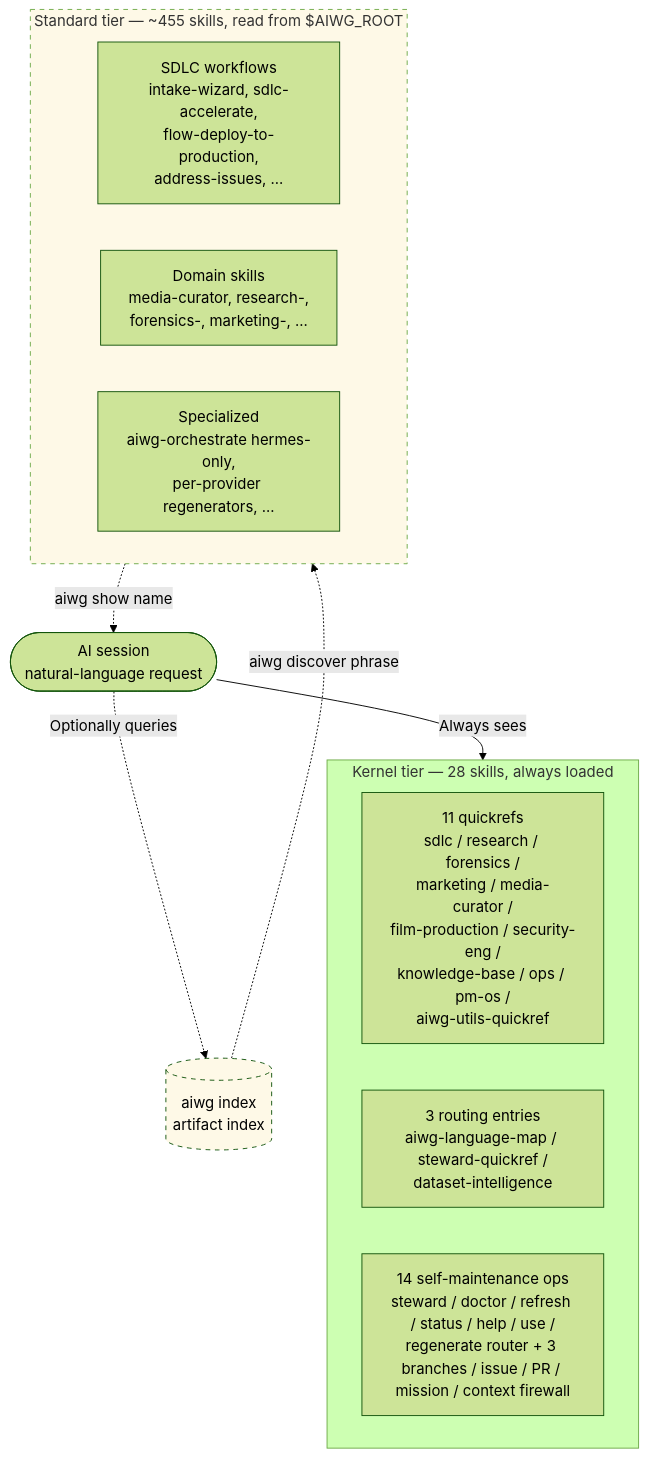
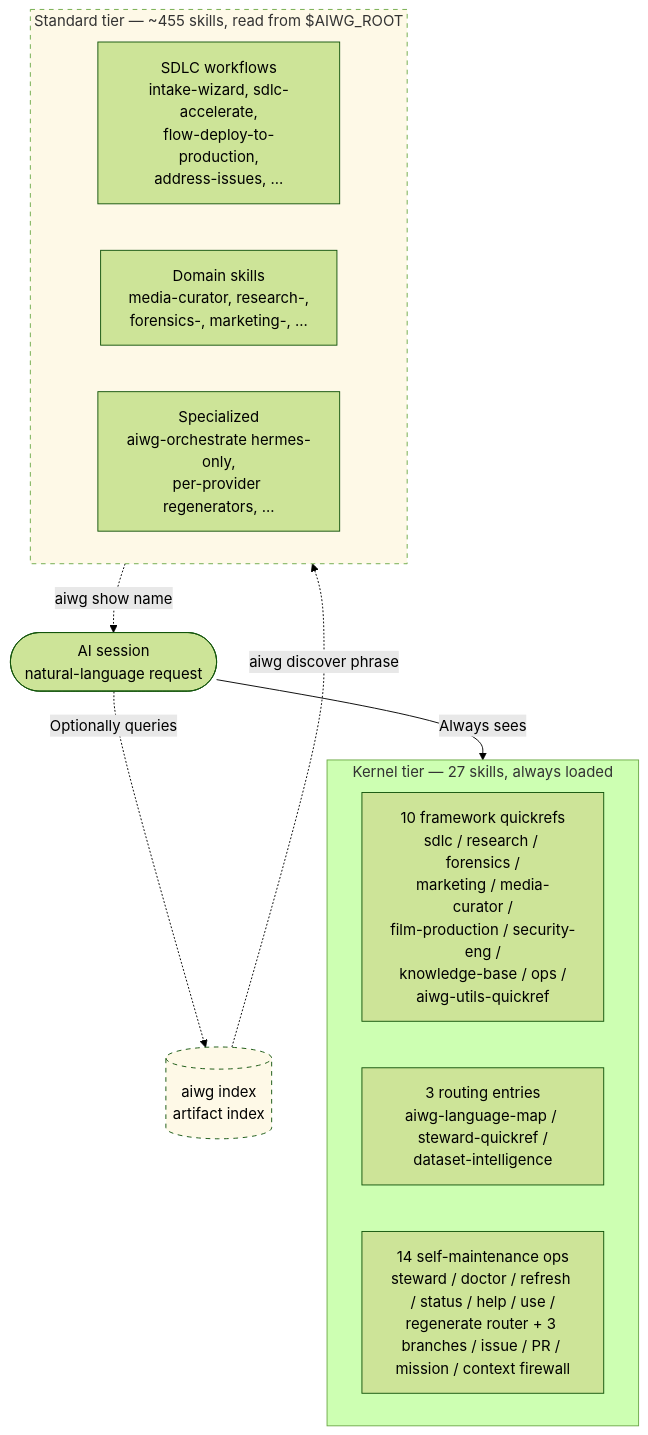
Before and after one commit to ChronodeAi/aiwg: the first of 2 diagrams in docs/cli/capability-routing.md, drawn with Mermaid (forest theme). The commit also changed other lines of this file, not shown here.

Commit message:
docs(film-production): fix kernel counts and quickref list for main

````diff
--- a/docs/cli/capability-routing.md
+++ b/docs/cli/capability-routing.md
@@ -111,27 +111,27 @@
 ```mermaid
 flowchart TB
-  subgraph KERNEL["Kernel tier — 28 skills, always loaded"]
+  subgraph KERNEL["Kernel tier — 27 skills, always loaded"]
     direction LR
-    K1[11 quickrefs<br/>sdlc / research / forensics /<br/>marketing / media-curator /<br/>film-production / security-eng /<br/>knowledge-base / ops / pm-os /<br/>aiwg-utils-quickref]
+    K1[10 framework quickrefs<br/>sdlc / research / forensics /<br/>marketing / media-curator /<br/>film-production / security-eng /<br/>knowledge-base / ops /<br/>aiwg-utils-quickref]
     K2[3 routing entries<br/>aiwg-language-map / steward-quickref /<br/>dataset-intelligence]
     K3[14 self-maintenance ops<br/>steward / doctor / refresh / status / help / use /<br/>regenerate router + 3 branches / issue / PR / mission / context firewall]
   end
 
   subgraph STANDARD["Standard tier — ~455 skills, read from $AIWG_ROOT"]
     direction LR
     S1[SDLC workflows<br/>intake-wizard, sdlc-accelerate,<br/>flow-deploy-to-production,<br/>address-issues, ...]
     S2[Domain skills<br/>media-curator, research-,<br/>forensics-, marketing-, ...]
     S3[Specialized<br/>aiwg-orchestrate hermes-only,<br/>per-provider regenerators, ...]
   end
 
   AGENT([AI session<br/>natural-language request])
 
   AGENT -->|Always sees| KERNEL
   AGENT -.->|Optionally queries| INDEX[(aiwg index<br/>artifact index)]
   INDEX -.->|aiwg discover phrase| STANDARD
   STANDARD -.->|aiwg show name| AGENT
 
   classDef optional stroke-dasharray: 5 5,fill:#fef9e7
   class INDEX optional
   class STANDARD optional
 ```
````
